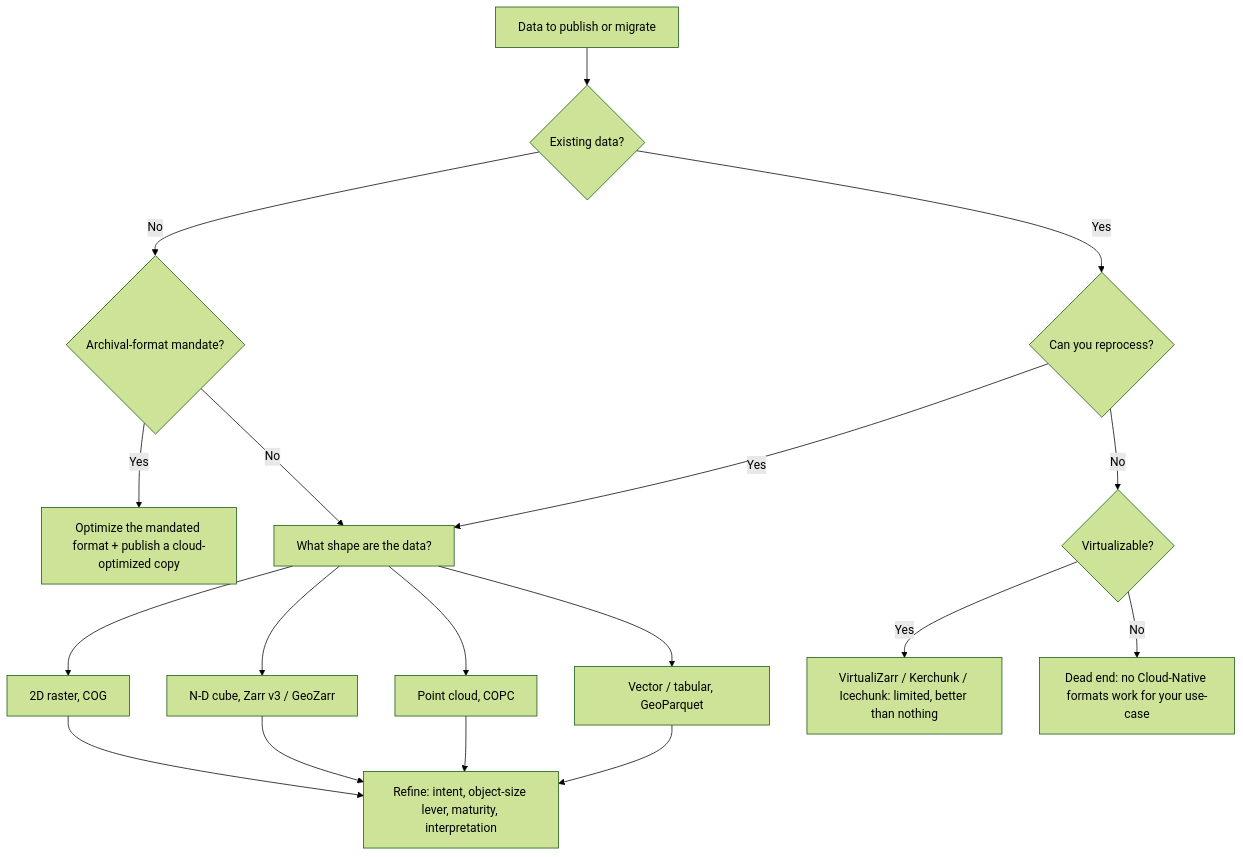
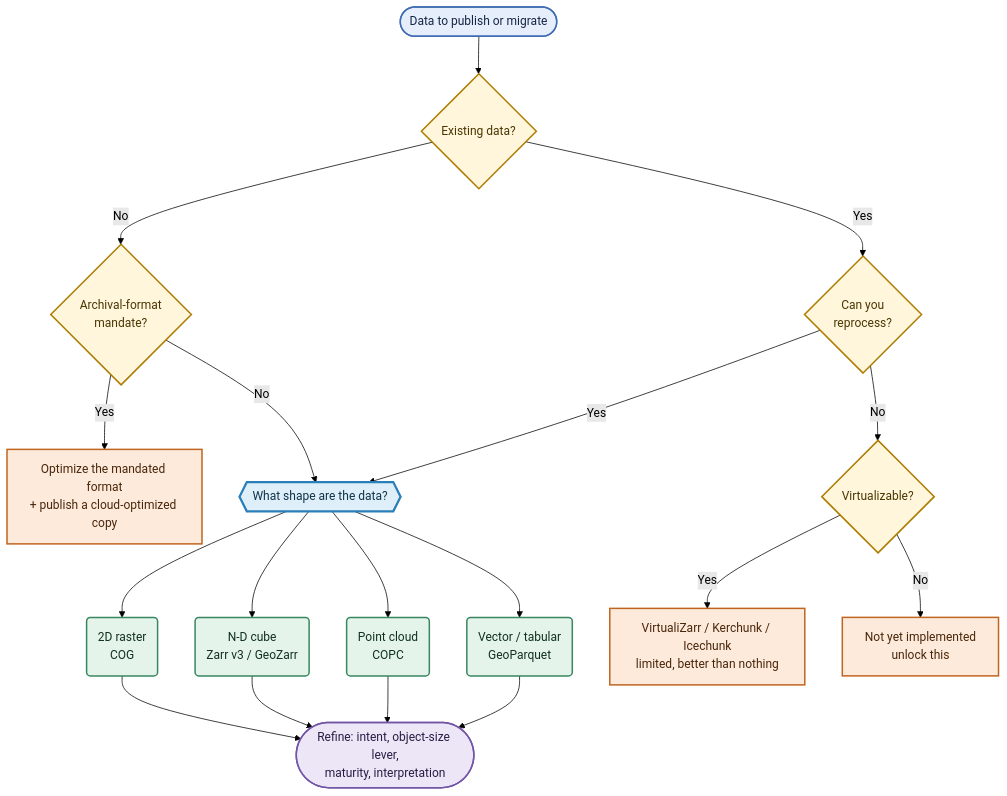
One commit to cloudnativegeo/cloud-optimized-geospatial-formats-guide changed the diagram in decision-framework/index.qmd. Above: the diagram before and after it, drawn with Mermaid (forest theme). The commit also changed other lines of this file and 2 other files, not shown here.

Commit message:
Refine decision framework documentation by clarifying the interpretation encoding and enhancing the explanation of the two-stage process for format selection. Update theme configuration in Quarto settings for improved clarity.

````diff
--- a/decision-framework/index.qmd
+++ b/decision-framework/index.qmd
@@ -83,20 +83,39 @@
 ```{mermaid}
 flowchart TD
-    A[Data to publish or migrate] --> B{Existing data?}
-    B -- No --> C{Archival-format mandate?}
-    C -- Yes --> C1[Optimize the mandated format + publish a cloud-optimized copy]
-    C -- No --> T[What shape are the data?]
-    B -- Yes --> D{Can you reprocess?}
-    D -- Yes --> T[What shape are the data?]
+    A([Data to publish or migrate]) --> B{Existing data?}
+
+    B -- No --> C{Archival-format<br/>mandate?}
+    C -- Yes --> C1[Optimize the mandated format<br/>+ publish a cloud-optimized copy]
+    C -- No --> T{{What shape are the data?}}
+
+    B -- Yes --> D{Can you<br/>reprocess?}
+    D -- Yes --> T
     D -- No --> E{Virtualizable?}
-    E -- Yes --> E1[VirtualiZarr / Kerchunk / Icechunk: limited, better than nothing]
-    E -- No --> E2[Dead end: no Cloud-Native formats work for your use-case]
-    T --> T1[2D raster, COG]
-    T --> T2[N-D cube, Zarr v3 / GeoZarr]
-    T --> T3[Point cloud, COPC]
-    T --> T4[Vector / tabular, GeoParquet]
-    T1 --> R[Refine: intent, object-size lever, maturity, interpretation]
+    E -- Yes --> E1[VirtualiZarr / Kerchunk / Icechunk<br/>limited, better than nothing]
+    E -- No --> E2[Not yet implemented<br/>unlock this]
+
+    T --> T1(2D raster<br/>COG)
+    T --> T2(N-D cube<br/>Zarr v3 / GeoZarr)
+    T --> T3(Point cloud<br/>COPC)
+    T --> T4(Vector / tabular<br/>GeoParquet)
+
+    T1 --> R([Refine: intent, object-size lever,<br/>maturity, interpretation])
     T2 --> R
     T3 --> R
     T4 --> R
+
+    classDef entry   fill:#e7eefb,stroke:#3f6db3,stroke-width:2px,color:#152744
+    classDef ask     fill:#fff6dc,stroke:#ad7c00,stroke-width:2px,color:#4a3600
+    classDef hinge   fill:#dfeffa,stroke:#2a7fb8,stroke-width:3px,color:#0e3247
+    classDef family  fill:#e4f4ea,stroke:#39875f,stroke-width:2px,color:#12301e
+    classDef partial fill:#fdeadb,stroke:#c06520,stroke-width:2px,color:#48260a
+    classDef refine  fill:#ece6f7,stroke:#7355a6,stroke-width:2px,color:#291d44
+
+    class A entry
+    class B,C,D,E ask
+    class T hinge
+    class T1,T2,T3,T4 family
+    class C1,E1,E2 partial
+    class R refine
+
 ```
````
